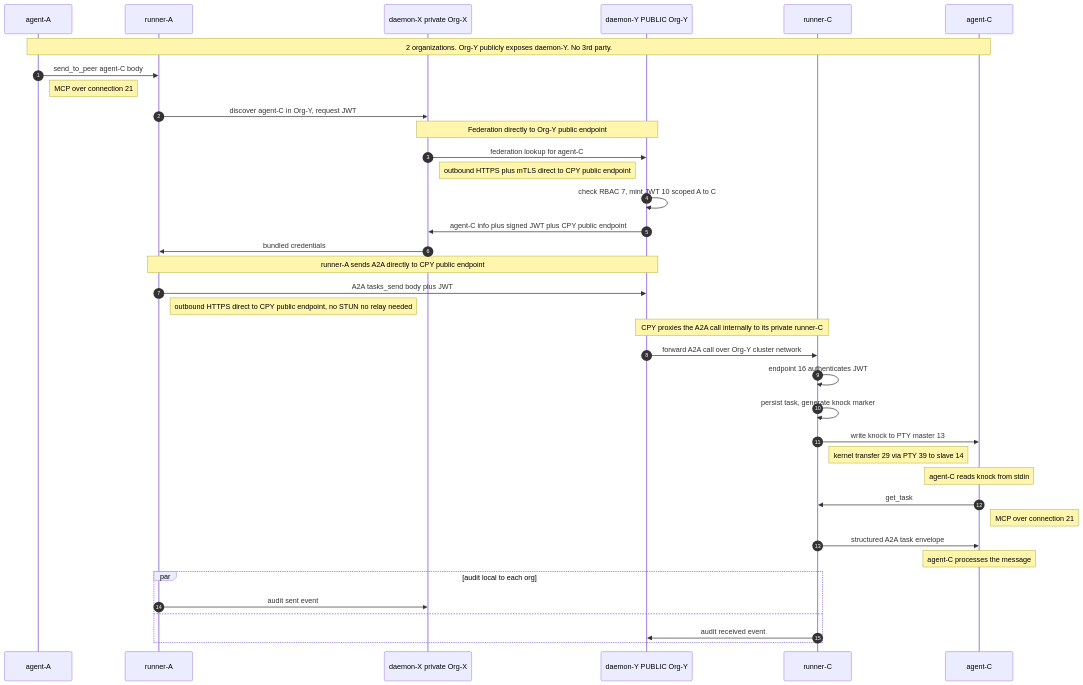
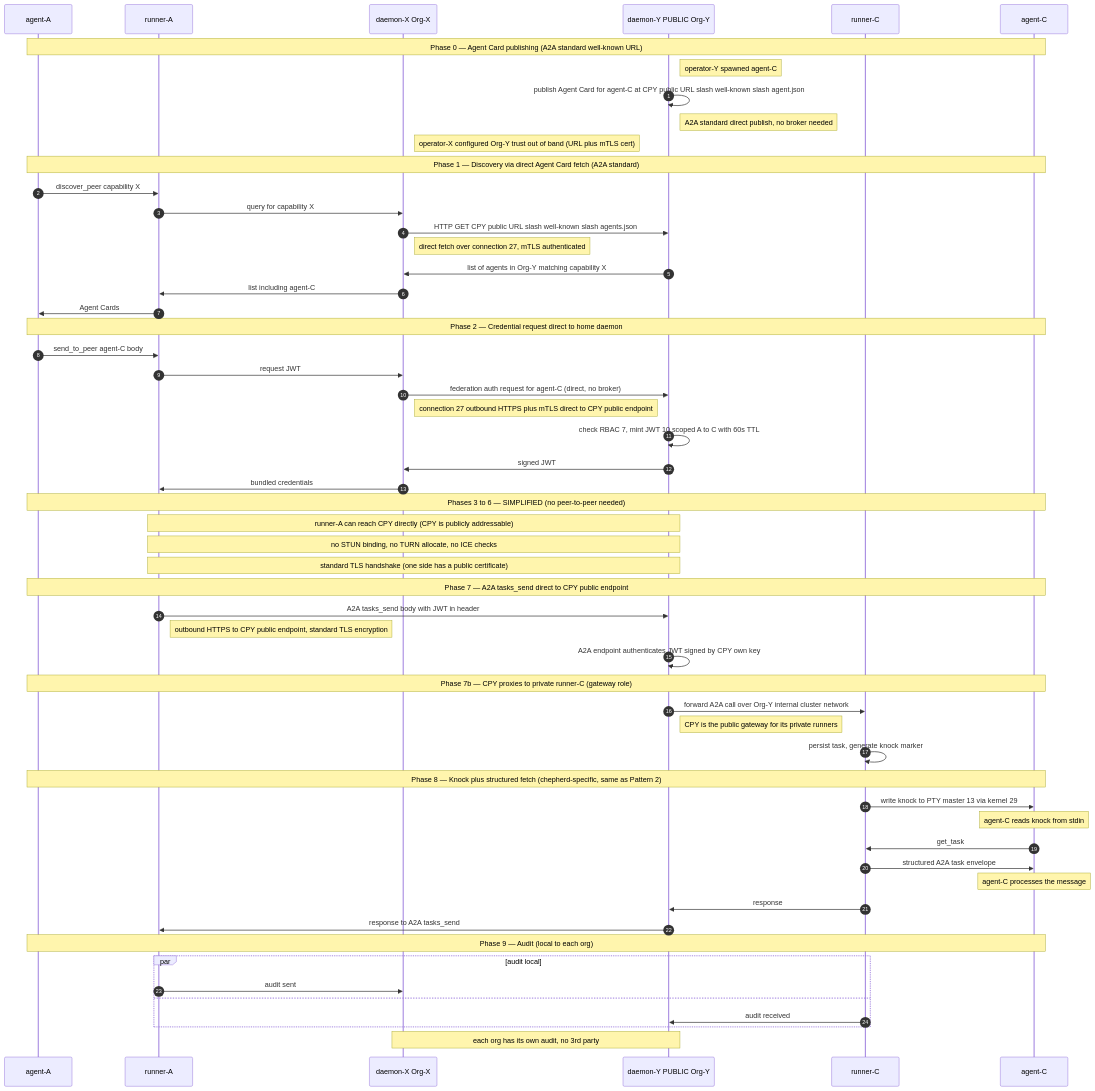
The third of 3 diagrams in docs/V0.9.1-COMPONENT-INVENTORY.md (agenity-org/agenity), drawn with Mermaid before and after one commit. The commit also changed other lines of this file, not shown here.

````diff
--- a/docs/V0.9.1-COMPONENT-INVENTORY.md
+++ b/docs/V0.9.1-COMPONENT-INVENTORY.md
@@ -277,45 +369,66 @@
 ```mermaid
 sequenceDiagram
     autonumber
     participant A as agent-A
     participant RA as runner-A
-    participant CPX as daemon-X private Org-X
+    participant CPX as daemon-X Org-X
     participant CPY as daemon-Y PUBLIC Org-Y
     participant RC as runner-C
     participant C as agent-C
 
-    Note over A,C: 2 organizations. Org-Y publicly exposes daemon-Y. No 3rd party.
+    Note over A,C: Phase 0 — Agent Card publishing (A2A standard well-known URL)
+    Note right of CPY: operator-Y spawned agent-C
+    CPY->>CPY: publish Agent Card for agent-C at CPY public URL slash well-known slash agent.json
+    Note right of CPY: A2A standard direct publish, no broker needed
+    Note right of CPX: operator-X configured Org-Y trust out of band (URL plus mTLS cert)
 
+    Note over A,C: Phase 1 — Discovery via direct Agent Card fetch (A2A standard)
+    A->>RA: discover_peer capability X
+    RA->>CPX: query for capability X
+    CPX->>CPY: HTTP GET CPY public URL slash well-known slash agents.json
+    Note right of CPX: direct fetch over connection 27, mTLS authenticated
+    CPY->>CPX: list of agents in Org-Y matching capability X
+    CPX->>RA: list including agent-C
+    RA->>A: Agent Cards
+
+    Note over A,C: Phase 2 — Credential request direct to home daemon
     A->>RA: send_to_peer agent-C body
-    Note right of A: MCP over connection 21
-    RA->>CPX: discover agent-C in Org-Y, request JWT
-
-    Note over CPX,CPY: Federation directly to Org-Y public endpoint
-    CPX->>CPY: federation lookup for agent-C
-    Note right of CPX: outbound HTTPS plus mTLS direct to CPY public endpoint
-    CPY->>CPY: check RBAC 7, mint JWT 10 scoped A to C
-    CPY->>CPX: agent-C info plus signed JWT plus CPY public endpoint
+    RA->>CPX: request JWT
+    CPX->>CPY: federation auth request for agent-C (direct, no broker)
+    Note right of CPX: connection 27 outbound HTTPS plus mTLS direct to CPY public endpoint
+    CPY->>CPY: check RBAC 7, mint JWT 10 scoped A to C with 60s TTL
+    CPY->>CPX: signed JWT
     CPX->>RA: bundled credentials
 
-    Note over RA,CPY: runner-A sends A2A directly to CPY public endpoint
-    RA->>CPY: A2A tasks_send body plus JWT
-    Note right of RA: outbound HTTPS direct to CPY public endpoint, no STUN no relay needed
+    Note over A,C: Phases 3 to 6 — SIMPLIFIED (no peer-to-peer needed)
+    Note over RA,CPY: runner-A can reach CPY directly (CPY is publicly addressable)
+    Note over RA,CPY: no STUN binding, no TURN allocate, no ICE checks
+    Note over RA,CPY: standard TLS handshake (one side has a public certificate)
 
-    Note over CPY,RC: CPY proxies the A2A call internally to its private runner-C
-    CPY->>RC: forward A2A call over Org-Y cluster network
-    RC->>RC: endpoint 16 authenticates JWT
+    Note over A,C: Phase 7 — A2A tasks_send direct to CPY public endpoint
+    RA->>CPY: A2A tasks_send body with JWT in header
+    Note right of RA: outbound HTTPS to CPY public endpoint, standard TLS encryption
+    CPY->>CPY: A2A endpoint authenticates JWT signed by CPY own key
+
+    Note over A,C: Phase 7b — CPY proxies to private runner-C (gateway role)
+    CPY->>RC: forward A2A call over Org-Y internal cluster network
+    Note right of CPY: CPY is the public gateway for its private runners
     RC->>RC: persist task, generate knock marker
-    RC->>C: write knock to PTY master 13
-    Note right of RC: kernel transfer 29 via PTY 39 to slave 14
+
+    Note over A,C: Phase 8 — Knock plus structured fetch (chepherd-specific, same as Pattern 2)
+    RC->>C: write knock to PTY master 13 via kernel 29
     Note over C: agent-C reads knock from stdin
     C->>RC: get_task
-    Note right of C: MCP over connection 21
     RC->>C: structured A2A task envelope
     Note over C: agent-C processes the message
+    RC->>CPY: response
+    CPY->>RA: response to A2A tasks_send
 
-    par audit local to each org
-        RA->>CPX: audit sent event
+    Note over A,C: Phase 9 — Audit (local to each org)
+    par audit local
+        RA->>CPX: audit sent
     and
-        RC->>CPY: audit received event
+        RC->>CPY: audit received
     end
+    Note over CPX,CPY: each org has its own audit, no 3rd party
 ```
````
